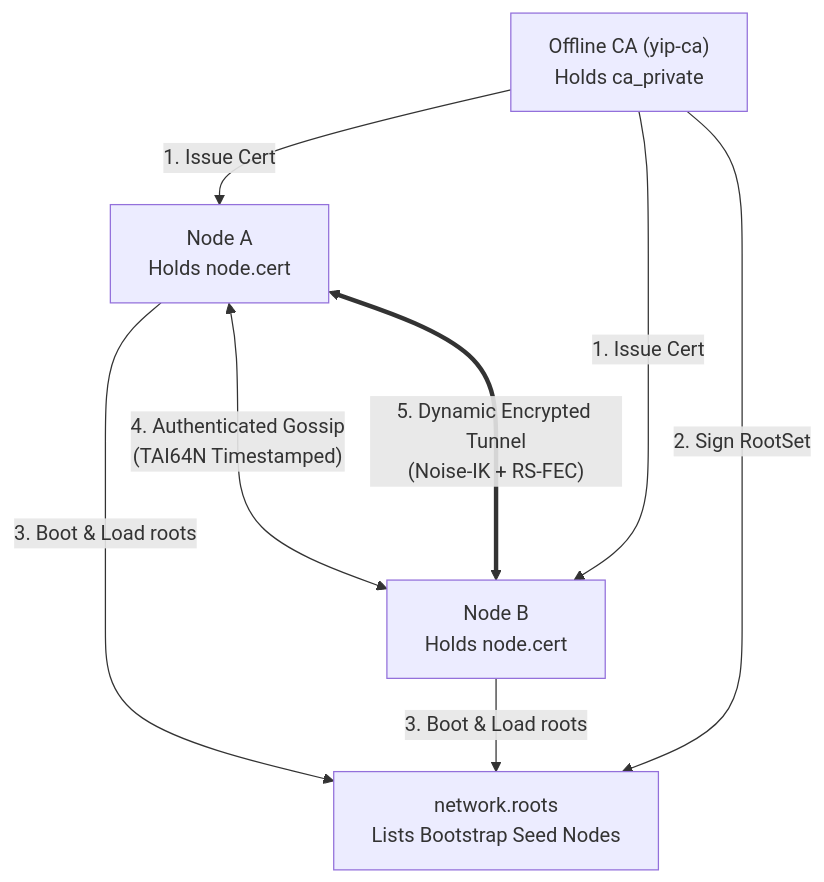
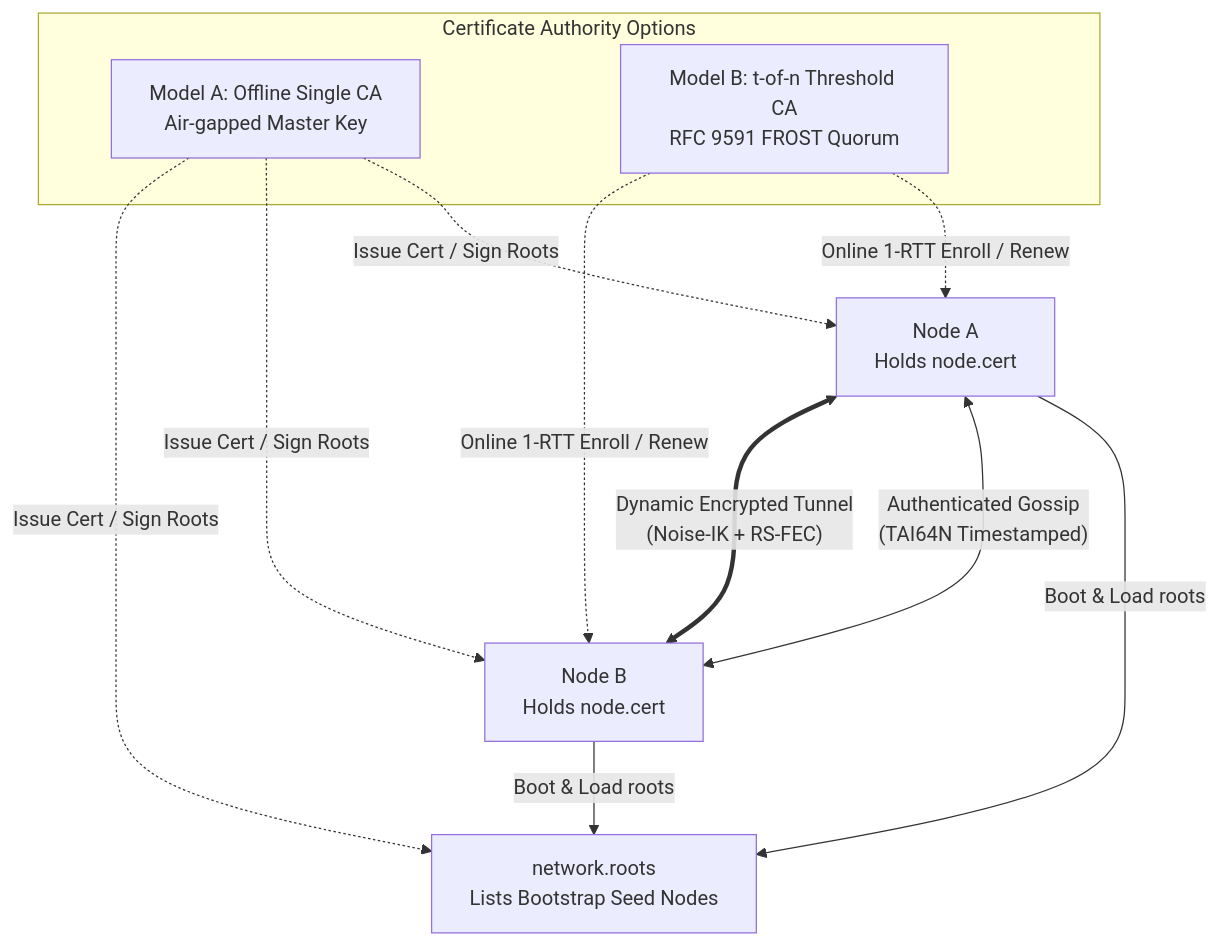
Before and after one commit to femboyisp/yip: the diagram in docs/01-getting-started.md, drawn with Mermaid. The commit also changed other lines of this file and 10 other files, not shown here.

Commit message:
docs: comprehensive guides, architecture diagrams, examples, and changelog for decentralized threshold CA (#39)

````diff
--- a/docs/01-getting-started.md
+++ b/docs/01-getting-started.md
@@ -544,12 +541,20 @@
 ```mermaid
 flowchart TD
-    CA["Offline CA (yip-ca)<br/>Holds ca_private"] -- "1. Issue Cert" --> NodeA["Node A<br/>Holds node.cert"]
-    CA -- "1. Issue Cert" --> NodeB["Node B<br/>Holds node.cert"]
-    CA -- "2. Sign RootSet" --> Roots["network.roots<br/>Lists Bootstrap Seed Nodes"]
+    subgraph Quorum ["Certificate Authority Options"]
+        OfflineCA["Model A: Offline Single CA<br/>Air-gapped Master Key"]
+        ThresholdCA["Model B: t-of-n Threshold CA<br/>RFC 9591 FROST Quorum"]
+    end
 
-    NodeA -- "3. Boot & Load roots" --> Roots
-    NodeB -- "3. Boot & Load roots" --> Roots
+    NodeA["Node A<br/>Holds node.cert"]
+    NodeB["Node B<br/>Holds node.cert"]
+    Roots["network.roots<br/>Lists Bootstrap Seed Nodes"]
 
-    NodeA <-->|"4. Authenticated Gossip<br/>(TAI64N Timestamped)"| NodeB
-    NodeA <===>|"5. Dynamic Encrypted Tunnel<br/>(Noise-IK + RS-FEC)"| NodeB
+    OfflineCA -.->|Issue Cert / Sign Roots| NodeA & NodeB & Roots
+    ThresholdCA -.->|Online 1-RTT Enroll / Renew| NodeA & NodeB
+
+    NodeA -- "Boot & Load roots" --> Roots
+    NodeB -- "Boot & Load roots" --> Roots
+
+    NodeA <-->|"Authenticated Gossip<br/>(TAI64N Timestamped)"| NodeB
+    NodeA <===>|"Dynamic Encrypted Tunnel<br/>(Noise-IK + RS-FEC)"| NodeB
 ```
````
